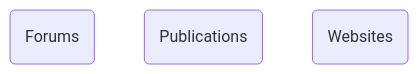
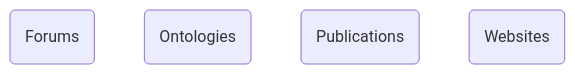
The first of 2 diagrams in README.md (HealthECCO/community-resources), drawn with Mermaid before and after one commit.

````diff
--- a/README.md
+++ b/README.md
@@ -3,8 +3,9 @@
 ```mermaid
   graph TD; 
       F(Forums);
+      O(Ontologies);
       P(Publications);
       W(Websites);
   click F "/HealthECCO/community-resources/blob/main/forums.md"
   click P "/HealthECCO/community-resources/blob/main/publications.md"
 ```
````
